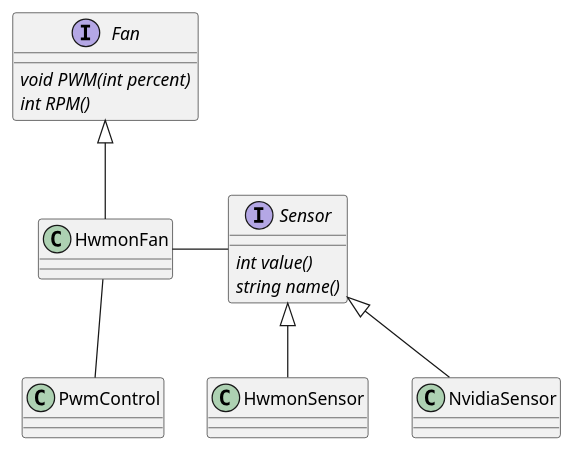
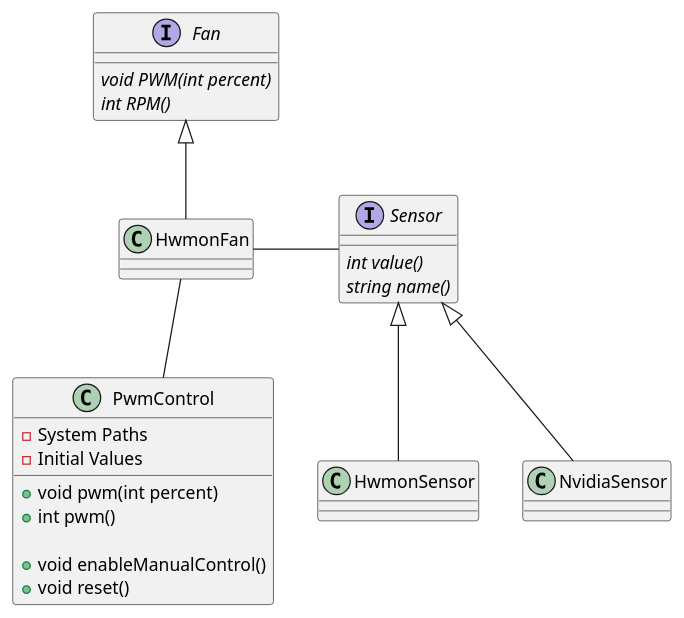
The diagram in app/doc/Class.plantuml (Tabascl/fantasize), drawn with PlantUML before and after one commit. The commit also changed 2 other files, not shown here.

```diff
--- a/app/doc/Class.plantuml
+++ b/app/doc/Class.plantuml
@@ -1,25 +1,32 @@
 @startuml
 interface Fan {
         {abstract} void PWM(int percent)
         {abstract} int RPM()
 }
 
 interface Sensor {
         {abstract} int value()
         {abstract} string name()
 }
 
-class HwmonFan {
+class PwmControl {
+        +void pwm(int percent)
+        +int pwm()
 
+        + void enableManualControl()
+        + void reset()
+
+        - System Paths
+        - Initial Values
 }
 
 Fan <|-- HwmonFan
 
 Sensor <|-- HwmonSensor
 Sensor <|-- NvidiaSensor
 
 HwmonFan - Sensor
 HwmonFan -- PwmControl
 
 
 @enduml
```
